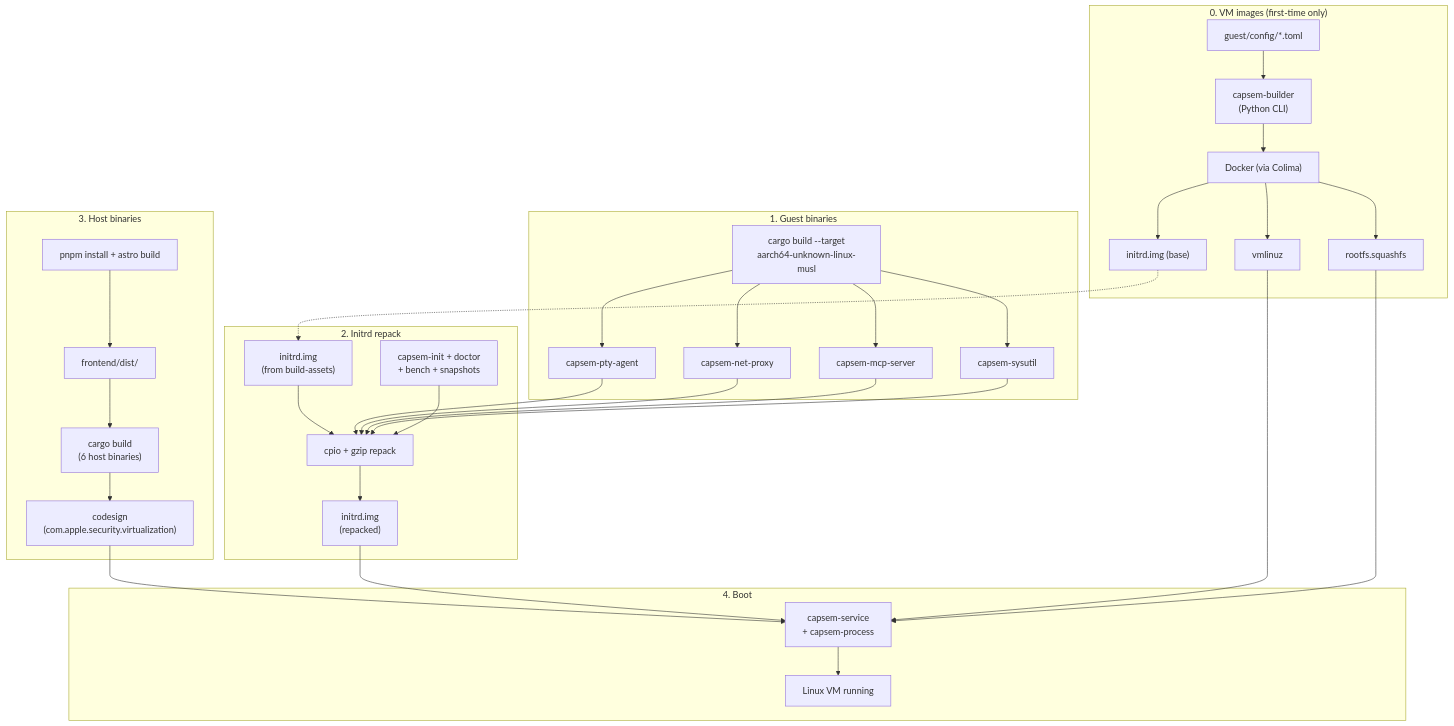
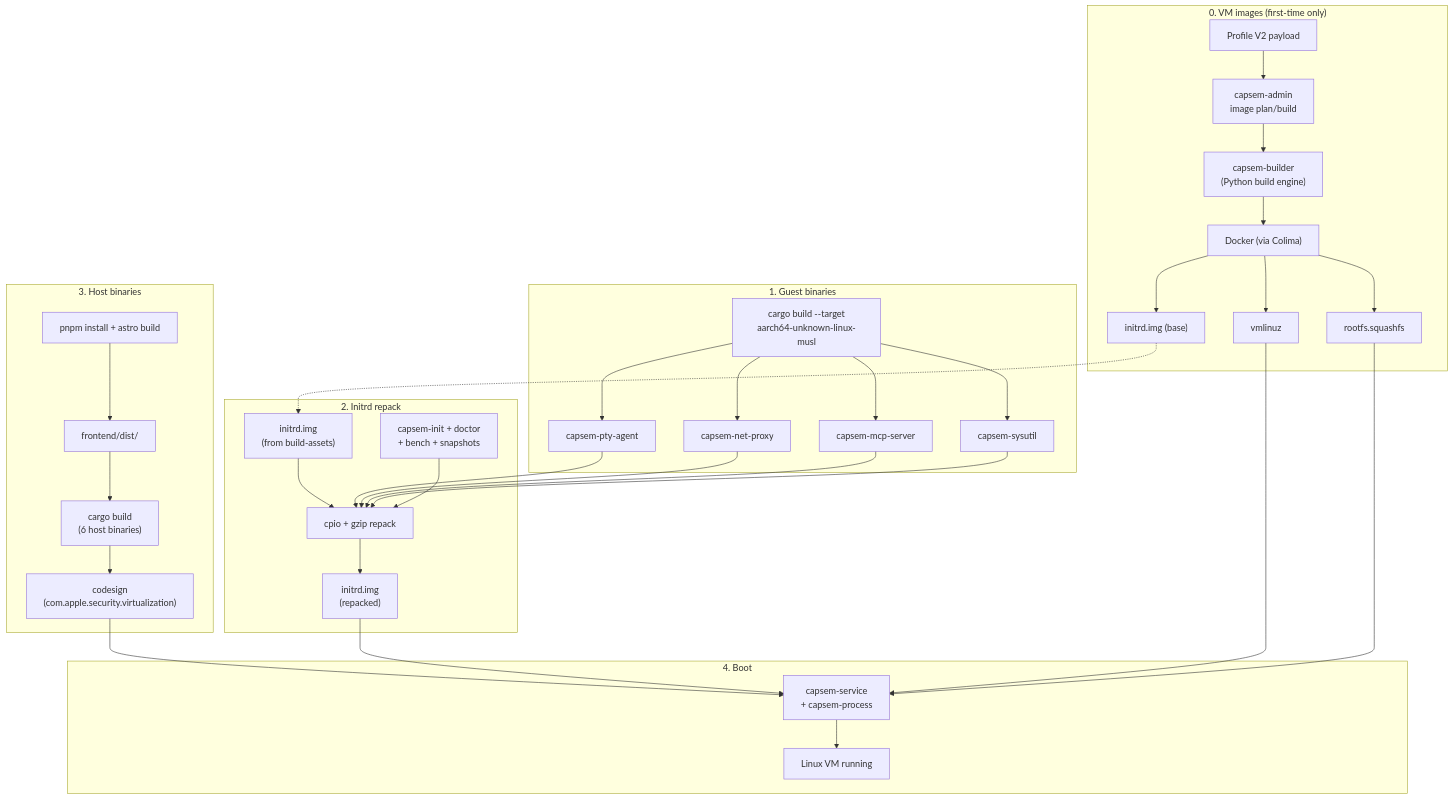
Before and after one commit to google/capsem: the first of 2 diagrams in docs/src/content/docs/development/stack.md, drawn with Mermaid. The commit also changed 11 other files, not shown here.

````diff
--- a/docs/src/content/docs/development/stack.md
+++ b/docs/src/content/docs/development/stack.md
@@ -12,49 +12,50 @@
 ```mermaid
 flowchart TD
     subgraph stage1["1. Guest binaries"]
         CARGO_CROSS["cargo build --target\naarch64-unknown-linux-musl"]
         AGENT["capsem-pty-agent"]
         NETPROXY["capsem-net-proxy"]
         MCP["capsem-mcp-server"]
         SYSUTIL["capsem-sysutil"]
         CARGO_CROSS --> AGENT & NETPROXY & MCP & SYSUTIL
     end
 
     subgraph stage2["2. Initrd repack"]
         INITRD_IN["initrd.img\n(from build-assets)"]
         SCRIPTS["capsem-init + doctor\n+ bench + snapshots"]
         REPACK["cpio + gzip repack"]
         INITRD_IN --> REPACK
         AGENT & NETPROXY & MCP & SYSUTIL --> REPACK
         SCRIPTS --> REPACK
         REPACK --> INITRD_OUT["initrd.img\n(repacked)"]
     end
 
     subgraph stage3["3. Host binaries"]
         PNPM["pnpm install + astro build"]
         DIST["frontend/dist/"]
         CARGO_HOST["cargo build\n(6 host binaries)"]
         PNPM --> DIST --> CARGO_HOST
         CARGO_HOST --> SIGN["codesign\n(com.apple.security.virtualization)"]
     end
 
     subgraph stage0["0. VM images (first-time only)"]
-        TOML["guest/config/*.toml"]
-        BUILDER["capsem-builder\n(Python CLI)"]
+        PROFILE["Profile V2 payload"]
+        ADMIN["capsem-admin\nimage plan/build"]
+        BUILDER["capsem-builder\n(Python build engine)"]
         DOCKER["Docker (via Colima)"]
-        TOML --> BUILDER --> DOCKER
+        PROFILE --> ADMIN --> BUILDER --> DOCKER
         DOCKER --> VMLINUZ["vmlinuz"]
         DOCKER --> ROOTFS["rootfs.squashfs"]
         DOCKER --> INITRD_BASE["initrd.img (base)"]
     end
 
     INITRD_BASE -.-> INITRD_IN
 
     subgraph stage4["4. Boot"]
         SIGN --> BOOT["capsem-service\n+ capsem-process"]
         INITRD_OUT --> BOOT
         VMLINUZ --> BOOT
         ROOTFS --> BOOT
         BOOT --> VM["Linux VM running"]
     end
 ```
````
